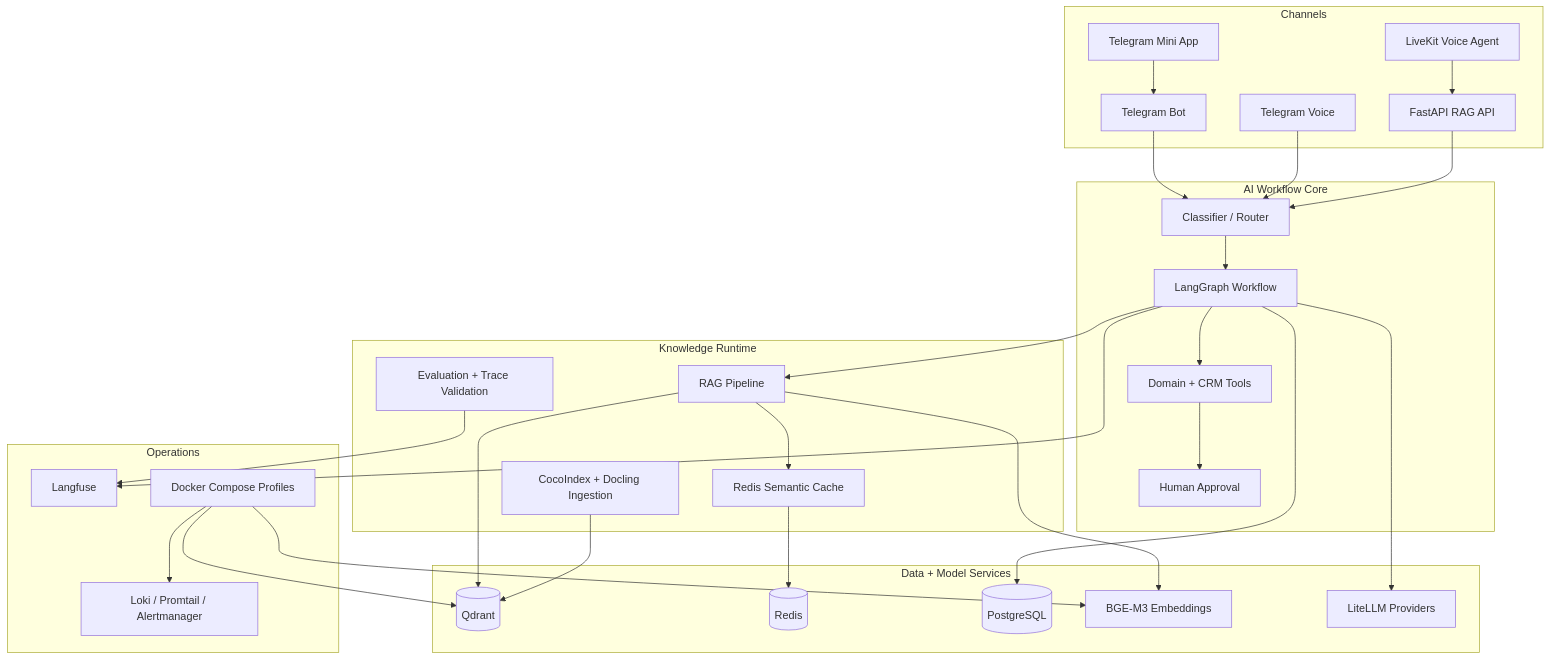
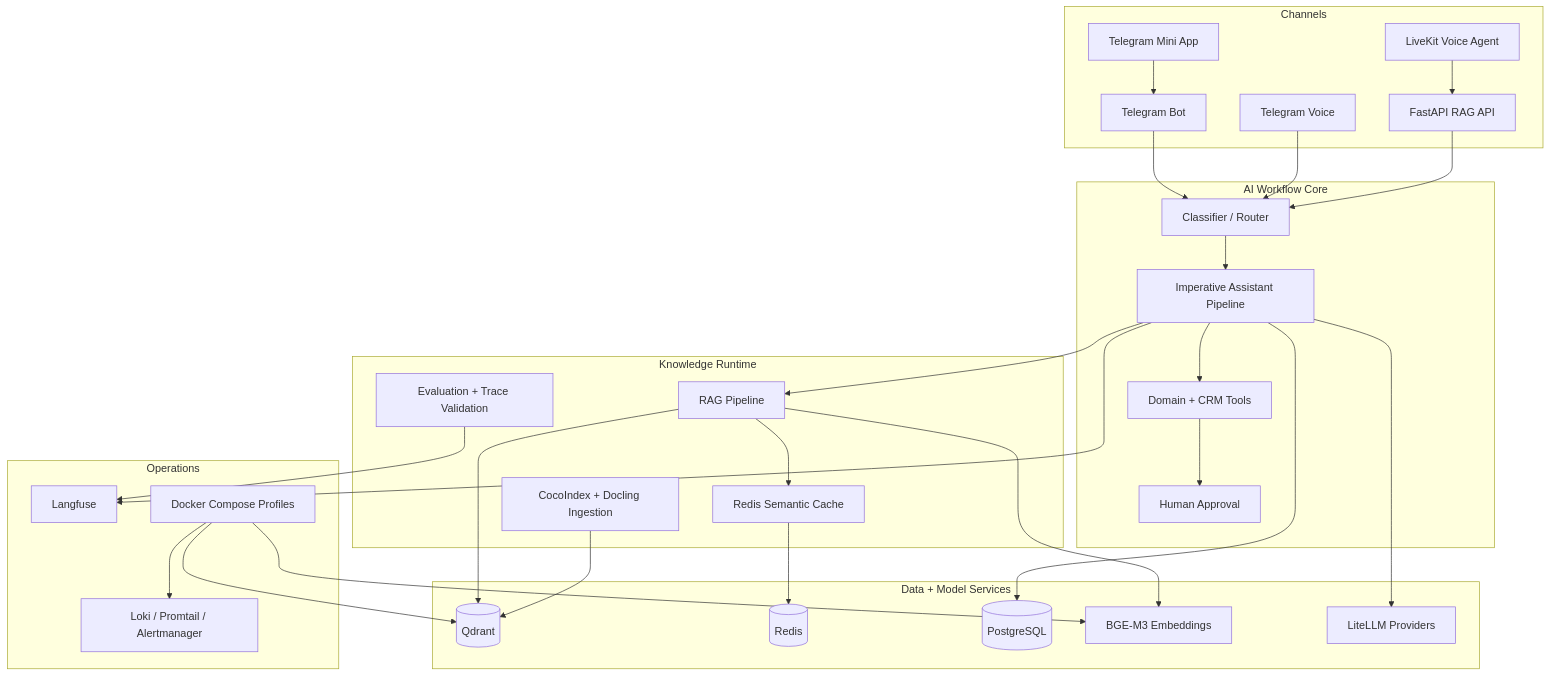
One commit to yastman/rag changed the diagram in README.md. Above: the diagram before and after it, drawn with Mermaid. The commit also changed other lines of this file, not shown here.

Commit message:
docs: align README architecture with imperative pipeline runtime (#2575)

````diff
--- a/README.md
+++ b/README.md
@@ -93,59 +93,59 @@
 ```mermaid
 graph TB
     subgraph "Channels"
         TG["Telegram Bot"]
         TV["Telegram Voice"]
         MA["Telegram Mini App"]
         VA["LiveKit Voice Agent"]
         API["FastAPI RAG API"]
     end
 
     subgraph "AI Workflow Core"
         ROUTER["Classifier / Router"]
-        GRAPH["LangGraph Workflow"]
+        GRAPH["Imperative Assistant Pipeline"]
         HITL["Human Approval"]
         TOOLS["Domain + CRM Tools"]
     end
 
     subgraph "Knowledge Runtime"
         INGEST["CocoIndex + Docling Ingestion"]
         RAG["RAG Pipeline"]
         CACHE["Redis Semantic Cache"]
         EVAL["Evaluation + Trace Validation"]
     end
 
     subgraph "Data + Model Services"
         QD[("Qdrant")]
         RD[("Redis")]
         PG[("PostgreSQL")]
         BGE["BGE-M3 Embeddings"]
         LLM["LiteLLM Providers"]
     end
 
     subgraph "Operations"
         LF["Langfuse"]
         MON["Loki / Promtail / Alertmanager"]
         DOCKER["Docker Compose Profiles"]
     end
 
     TG --> ROUTER
     TV --> ROUTER
     MA --> TG
     VA --> API --> ROUTER
     ROUTER --> GRAPH
     GRAPH --> RAG
     GRAPH --> TOOLS
     TOOLS --> HITL
     RAG --> CACHE
     RAG --> QD
     INGEST --> QD
     CACHE --> RD
     GRAPH --> PG
     RAG --> BGE
     GRAPH --> LLM
     GRAPH --> LF
     EVAL --> LF
     DOCKER --> QD
     DOCKER --> BGE
     DOCKER --> MON
 ```
````
